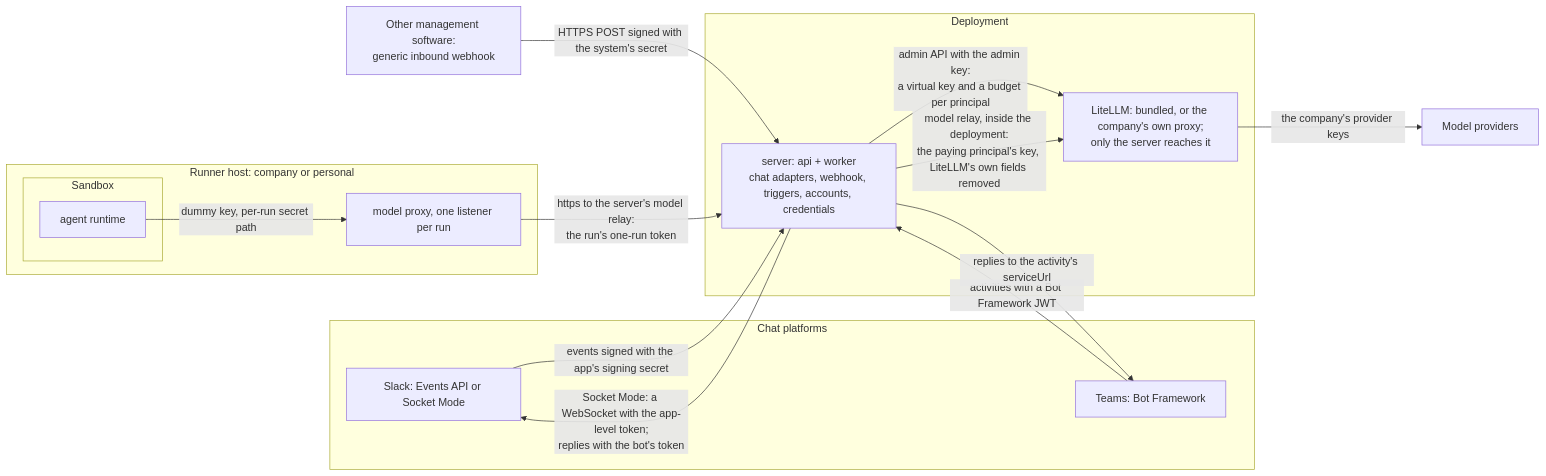
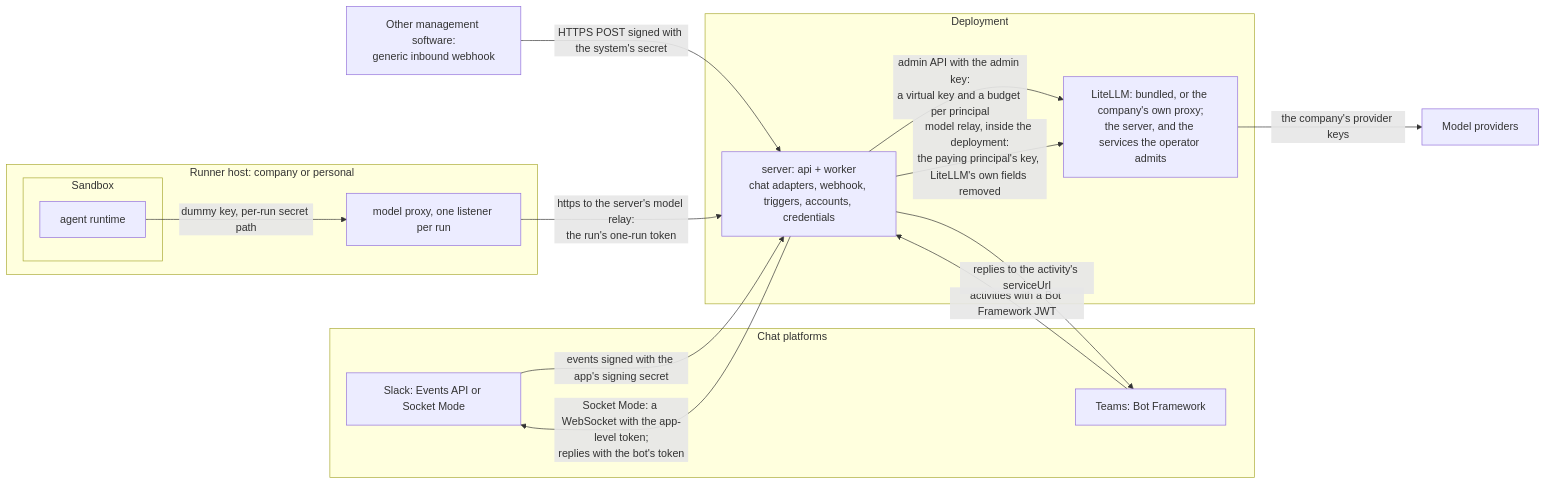
Before and after one commit to FLOWTIVO/tinfirm: the third of 3 diagrams in docs/threat-model.md, drawn with Mermaid. The commit also changed other lines of this file and 95 other files, not shown here.

````diff
--- a/docs/threat-model.md
+++ b/docs/threat-model.md
@@ -90,28 +90,28 @@
 ```mermaid
 flowchart LR
   subgraph chats["Chat platforms"]
     SL["Slack: Events API or Socket Mode"]
     TM["Teams: Bot Framework"]
   end
   WH["Other management software:<br/>generic inbound webhook"]
   subgraph dep["Deployment"]
     S["server: api + worker<br/>chat adapters, webhook, triggers, accounts, credentials"]
-    LL["LiteLLM: bundled, or the company's own proxy;<br/>only the server reaches it"]
+    LL["LiteLLM: bundled, or the company's own proxy;<br/>the server, and the services the operator admits"]
   end
   subgraph host["Runner host: company or personal"]
     MP["model proxy, one listener per run"]
     subgraph SB["Sandbox"]
       AGT[agent runtime]
     end
   end
   SL -->|"events signed with the app's signing secret"| S
   S -->|"Socket Mode: a WebSocket with the app-level token;<br/>replies with the bot's token"| SL
   TM -->|"activities with a Bot Framework JWT"| S
   S -->|"replies to the activity's serviceUrl"| TM
   WH -->|"HTTPS POST signed with the system's secret"| S
   S -->|"admin API with the admin key:<br/>a virtual key and a budget per principal"| LL
   S -->|"model relay, inside the deployment:<br/>the paying principal's key, LiteLLM's own fields removed"| LL
   AGT -->|"dummy key, per-run secret path"| MP
   MP -->|"https to the server's model relay:<br/>the run's one-run token"| S
   LL -->|"the company's provider keys"| PR[Model providers]
 ```
````
